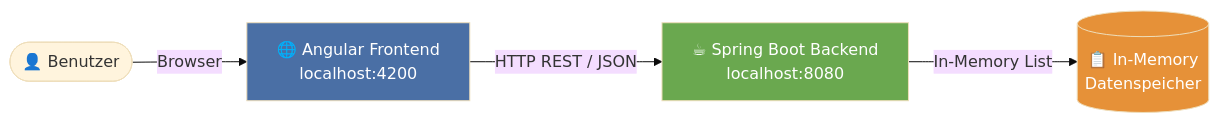
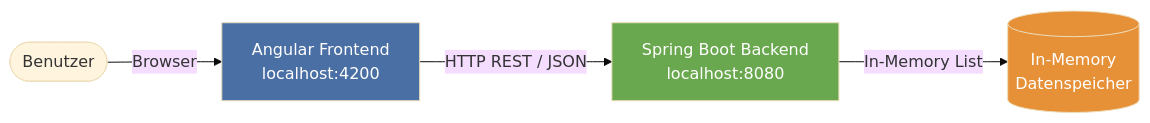
Before and after one commit to cemesisk/Team9: the first of 3 diagrams in DOCUMENTATION.md, drawn with Mermaid (base theme). The commit also changed other lines of this file, not shown here.

````diff
--- a/DOCUMENTATION.md
+++ b/DOCUMENTATION.md
@@ -45,10 +45,10 @@
 ```mermaid
 graph LR
-    User([👤 Benutzer]) -->|Browser| FE
-    FE[🌐 Angular Frontend\nlocalhost:4200] -->|HTTP REST / JSON| BE
-    BE[☕ Spring Boot Backend\nlocalhost:8080] -->|In-Memory List| DB[(📋 In-Memory\nDatenspeicher)]
+    User([Benutzer]) -->|Browser| FE
+    FE[Angular Frontend\nlocalhost:4200] -->|HTTP REST / JSON| BE
+    BE[Spring Boot Backend\nlocalhost:8080] -->|In-Memory List| DB[(In-Memory\nDatenspeicher)]
 
     style FE fill:#4a6fa5,color:#fff
     style BE fill:#6aa84f,color:#fff
     style DB fill:#e69138,color:#fff
 ```
````
